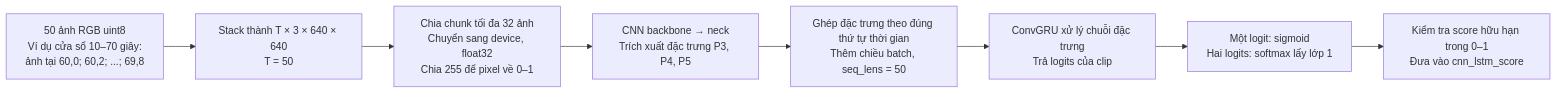
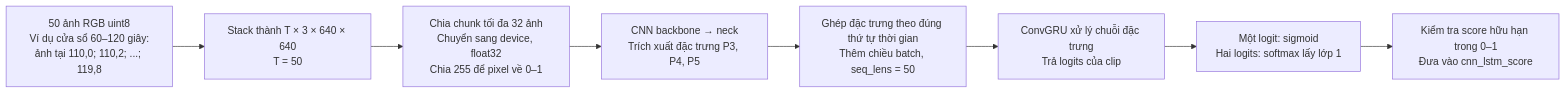
One commit to minh4bys2-non/driver-guardian changed the sixth of 7 diagrams in ai/OptimalAlgorithsm/DataSystem/README.md. Above: the diagram before and after it, drawn with Mermaid. The commit also changed other lines of this file and 3 other files, not shown here.

````diff
--- a/ai/OptimalAlgorithsm/DataSystem/README.md
+++ b/ai/OptimalAlgorithsm/DataSystem/README.md
@@ -493,11 +495,11 @@
 ```mermaid
 flowchart LR
-    INPUT["50 ảnh RGB uint8<br/>Ví dụ cửa sổ 10–70 giây:<br/>ảnh tại 60,0; 60,2; ...; 69,8"]
+    INPUT["50 ảnh RGB uint8<br/>Ví dụ cửa sổ 60–120 giây:<br/>ảnh tại 110,0; 110,2; ...; 119,8"]
     INPUT --> STACK["Stack thành T × 3 × 640 × 640<br/>T = 50"]
     STACK --> CHUNK["Chia chunk tối đa 32 ảnh<br/>Chuyển sang device, float32<br/>Chia 255 để pixel về 0–1"]
     CHUNK --> CNN["CNN backbone → neck<br/>Trích xuất đặc trưng P3, P4, P5"]
     CNN --> SEQ["Ghép đặc trưng theo đúng thứ tự thời gian<br/>Thêm chiều batch, seq_lens = 50"]
     SEQ --> GRU["ConvGRU xử lý chuỗi đặc trưng<br/>Trả logits của clip"]
     GRU --> PROB["Một logit: sigmoid<br/>Hai logits: softmax lấy lớp 1"]
     PROB --> CHECK["Kiểm tra score hữu hạn trong 0–1<br/>Đưa vào cnn_lstm_score"]
 ```
````
